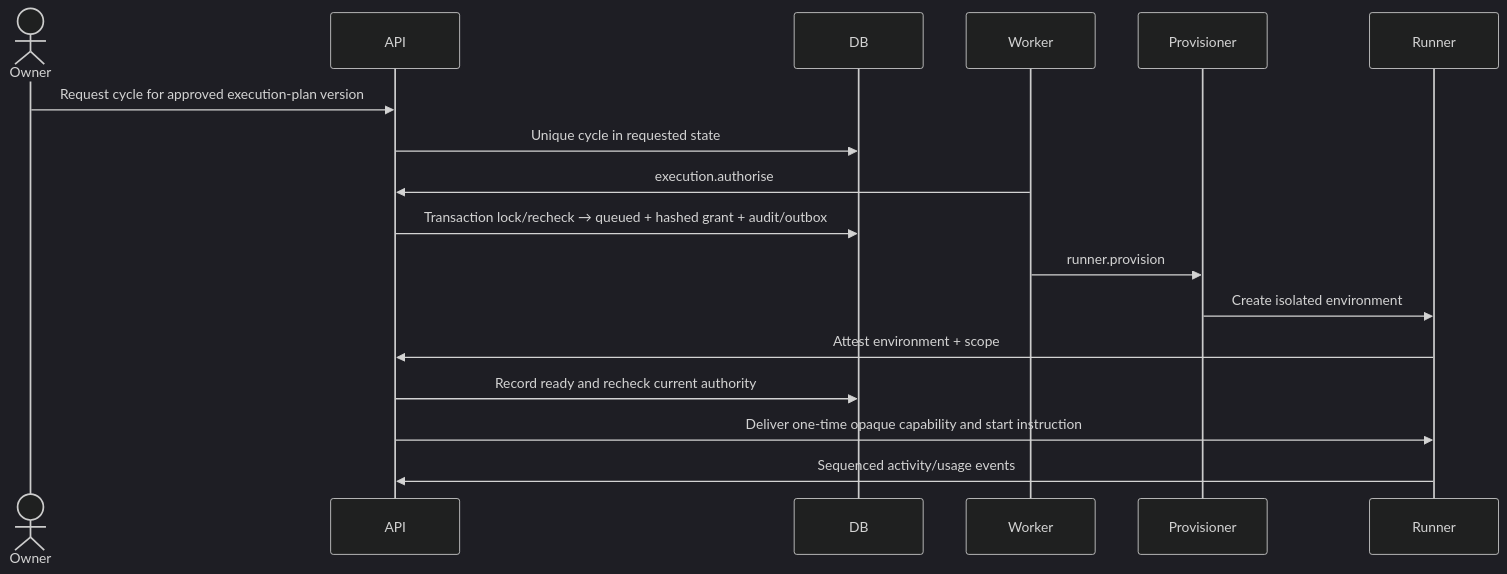
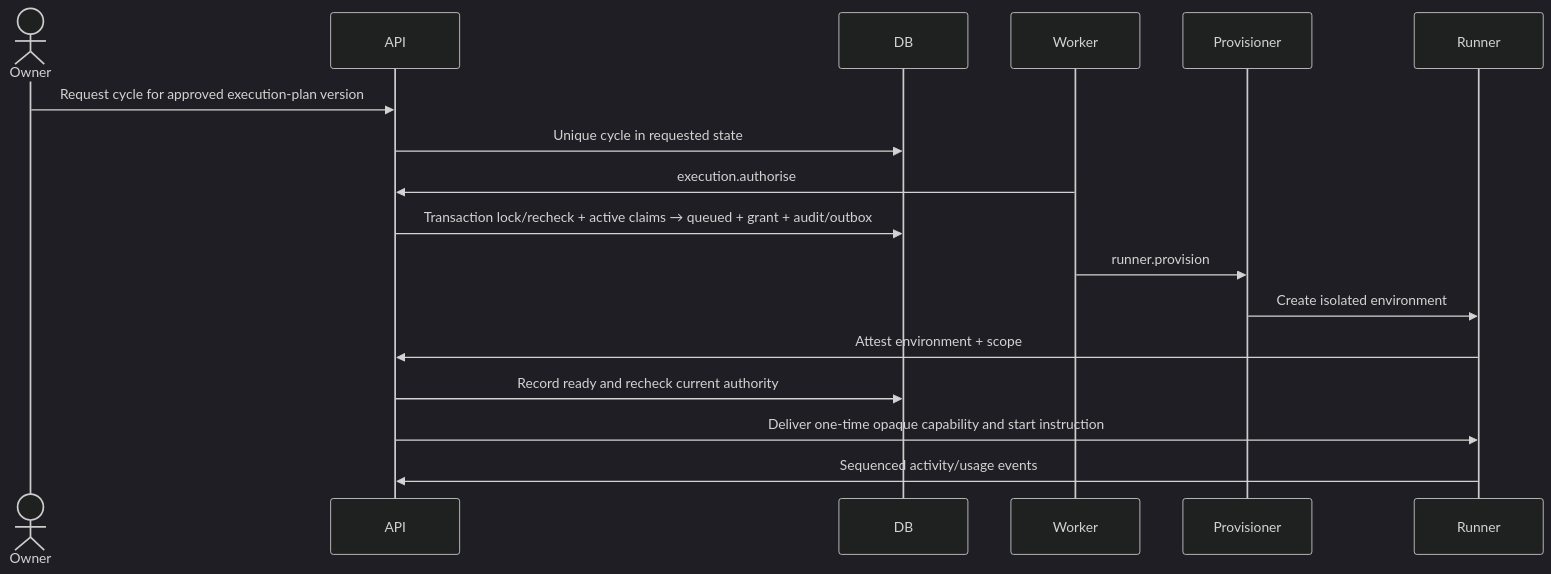
The third of 5 diagrams in docs/planning/07-system-architecture.md (DaymondGoulderHorobin/Agile_project_management_app), drawn with Mermaid (dark theme) before and after one commit. The commit also changed other lines of this file and 14 other files, not shown here.

````diff
--- a/docs/planning/07-system-architecture.md
+++ b/docs/planning/07-system-architecture.md
@@ -194,20 +201,20 @@
 ```mermaid
 sequenceDiagram
     actor Owner
     participant API
     participant DB
     participant Worker
     participant Provisioner
     participant Runner
 
     Owner->>API: Request cycle for approved execution-plan version
     API->>DB: Unique cycle in requested state
     Worker->>API: execution.authorise
-    API->>DB: Transaction lock/recheck → queued + hashed grant + audit/outbox
+    API->>DB: Transaction lock/recheck + active claims → queued + grant + audit/outbox
     Worker->>Provisioner: runner.provision
     Provisioner->>Runner: Create isolated environment
     Runner->>API: Attest environment + scope
     API->>DB: Record ready and recheck current authority
     API->>Runner: Deliver one-time opaque capability and start instruction
     Runner->>API: Sequenced activity/usage events
 ```
````
